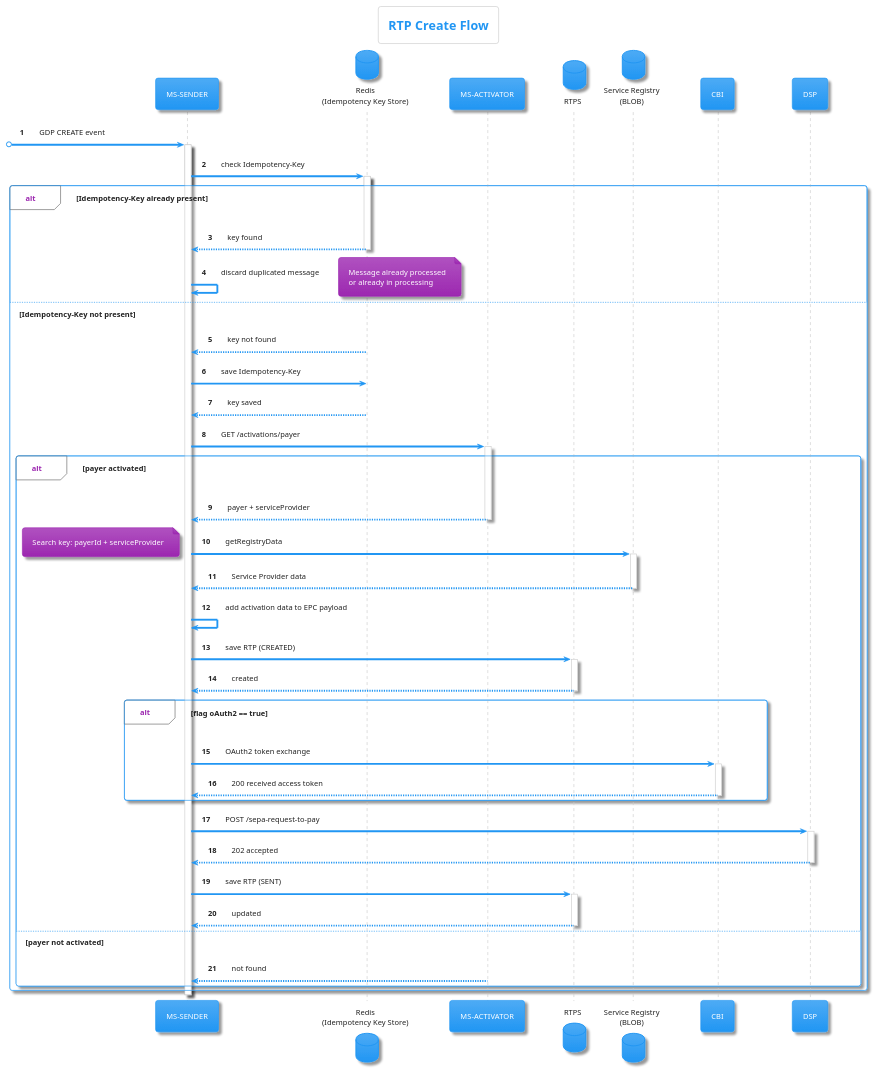
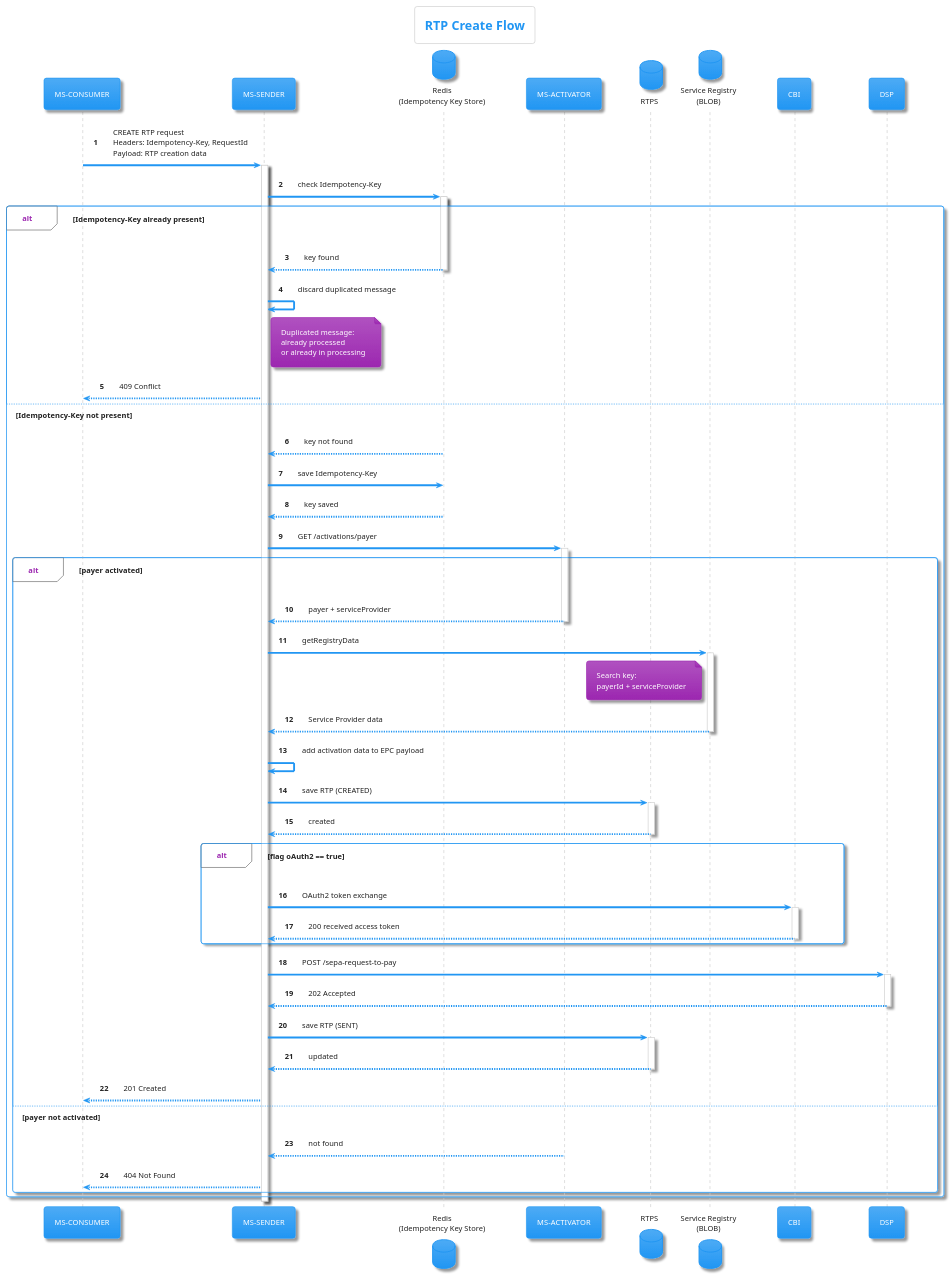
Before and after one commit to pagopa/rtp-docs: the diagram in diagrams/create-rtp.puml, drawn with PlantUML. The commit also changed 4 other files, not shown here.

Commit message:
fix: [SRTP-1566] update schema

```diff
--- a/diagrams/create-rtp.puml
+++ b/diagrams/create-rtp.puml
@@ -1,86 +1,95 @@
 @startuml
 ' PlantUML Diagram for RTP Send API
 ' Title: Detailed RTP Send Sequence Diagram
 ' Version: 2.0.0
-' Description: This diagram shows the detailed internal process for sending
-'              an RTP after GDP operation validation.
 
 !theme materia
 
 title RTP Create Flow
 
+participant "MS-CONSUMER" as CONSUMER
 participant "MS-SENDER" as SENDER
 database "Redis\n(Idempotency Key Store)" as REDIS
 participant "MS-ACTIVATOR" as GR
 database "RTPS" as SRTP
 database "Service Registry\n(BLOB)" as SR
 participant "CBI" as CBI
 participant "DSP" as DSP
 
 autonumber
 
-[o-> SENDER: GDP CREATE event
-
+CONSUMER -> SENDER: CREATE RTP request\nHeaders: Idempotency-Key, RequestId\nPayload: RTP creation data
 activate SENDER
 
 SENDER -> REDIS: check Idempotency-Key
 activate REDIS
 
 alt Idempotency-Key already present
     REDIS --> SENDER: key found
     deactivate REDIS
     SENDER -> SENDER: discard duplicated message
-    note right: Message already processed\nor already in processing
+    note right of SENDER
+      Duplicated message:
+      already processed
+      or already in processing
+    end note
+    SENDER --> CONSUMER: 409 Conflict
 
 else Idempotency-Key not present
     REDIS --> SENDER: key not found
     SENDER -> REDIS: save Idempotency-Key
     REDIS --> SENDER: key saved
     deactivate REDIS
 
     SENDER -> GR: GET /activations/payer
     activate GR
 
     alt payer activated
         GR --> SENDER: payer + serviceProvider
         deactivate GR
 
         SENDER -> SR: getRegistryData
         activate SR
-        note left: Search key: payerId + serviceProvider
+        note left of SR
+          Search key:
+          payerId + serviceProvider
+        end note
         SR --> SENDER: Service Provider data
         deactivate SR
 
         SENDER -> SENDER: add activation data to EPC payload
 
         SENDER -> SRTP: save RTP (CREATED)
         activate SRTP
         SRTP --> SENDER: created
         deactivate SRTP
 
         alt flag oAuth2 == true
             SENDER -> CBI: OAuth2 token exchange
             activate CBI
             CBI --> SENDER: 200 received access token
             deactivate CBI
         end
 
         SENDER -> DSP: POST /sepa-request-to-pay
         activate DSP
-        DSP --> SENDER: 202 accepted
+        DSP --> SENDER: 202 Accepted
         deactivate DSP
 
         SENDER -> SRTP: save RTP (SENT)
         activate SRTP
         SRTP --> SENDER: updated
         deactivate SRTP
 
+        SENDER --> CONSUMER: 201 Created
+
     else payer not activated
         GR --> SENDER: not found
         deactivate GR
+        SENDER --> CONSUMER: 404 Not Found
     end
 end
 
 deactivate SENDER
 
 @enduml
```
